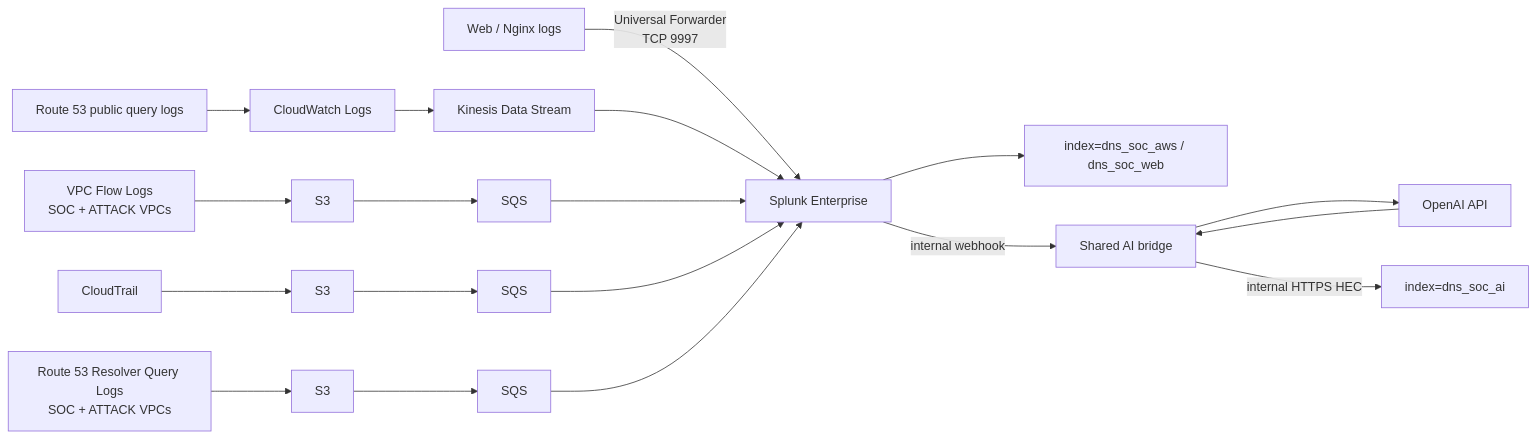
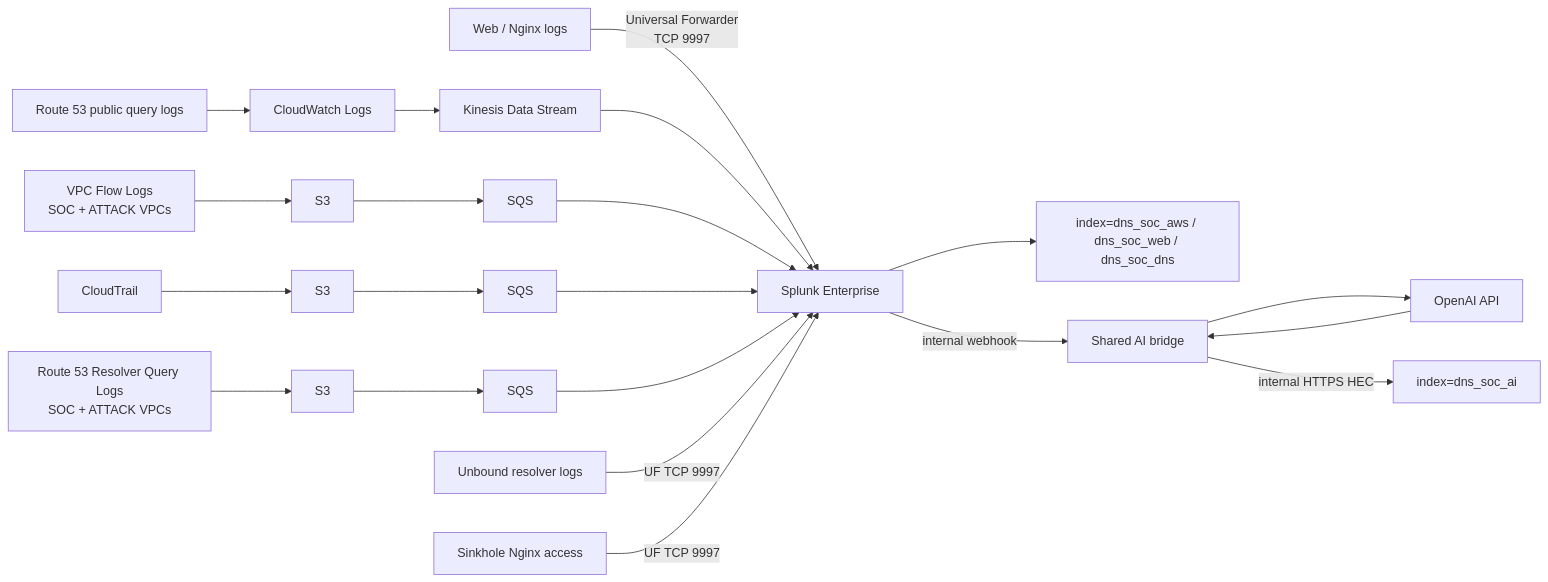
The second of 2 diagrams in README.md (DNS-SOC-Lab/DNS-Lab-Infrastructure), drawn with Mermaid before and after one commit. The commit also changed other lines of this file and 1 other file, not shown here.

````diff
--- a/README.md
+++ b/README.md
@@ -72,26 +88,29 @@
 ```mermaid
 flowchart LR
     W[Web / Nginx logs] -->|Universal Forwarder<br/>TCP 9997| S[Splunk Enterprise]
 
     R53[Route 53 public query logs] --> CW[CloudWatch Logs]
     CW --> K[Kinesis Data Stream]
     K --> S
 
     VF[VPC Flow Logs<br/>SOC + ATTACK VPCs] --> S3A[S3]
     S3A --> SQSA[SQS]
     SQSA --> S
 
     CT[CloudTrail] --> S3B[S3]
     S3B --> SQSB[SQS]
     SQSB --> S
 
     RQ[Route 53 Resolver Query Logs<br/>SOC + ATTACK VPCs] --> S3C[S3]
     S3C --> SQSC[SQS]
     SQSC --> S
 
-    S --> IDX[index=dns_soc_aws / dns_soc_web]
+    U[Unbound resolver logs] -->|UF TCP 9997| S
+    SH[Sinkhole Nginx access] -->|UF TCP 9997| S
+
+    S --> IDX[index=dns_soc_aws / dns_soc_web / dns_soc_dns]
     S -->|internal webhook| AIB[Shared AI bridge]
     AIB --> OAI[OpenAI API]
     OAI --> AIB
     AIB -->|internal HTTPS HEC| AIDX[index=dns_soc_ai]
 ```
````
